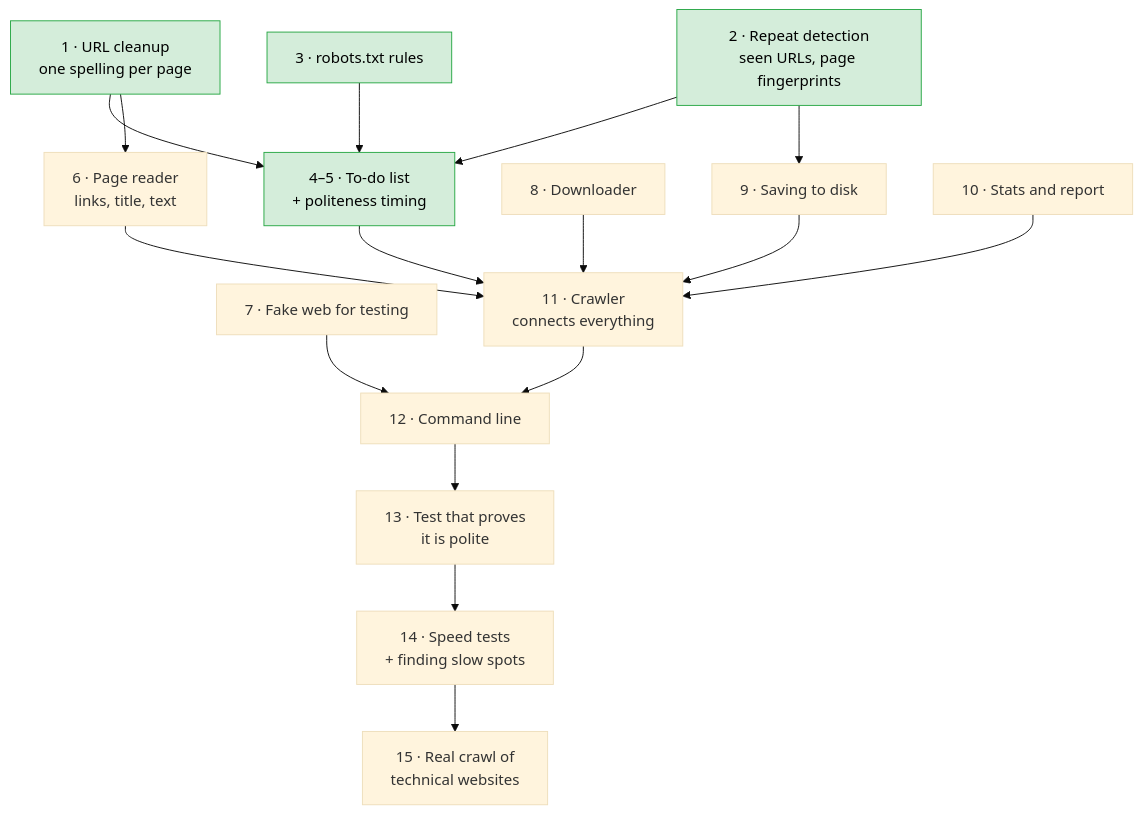
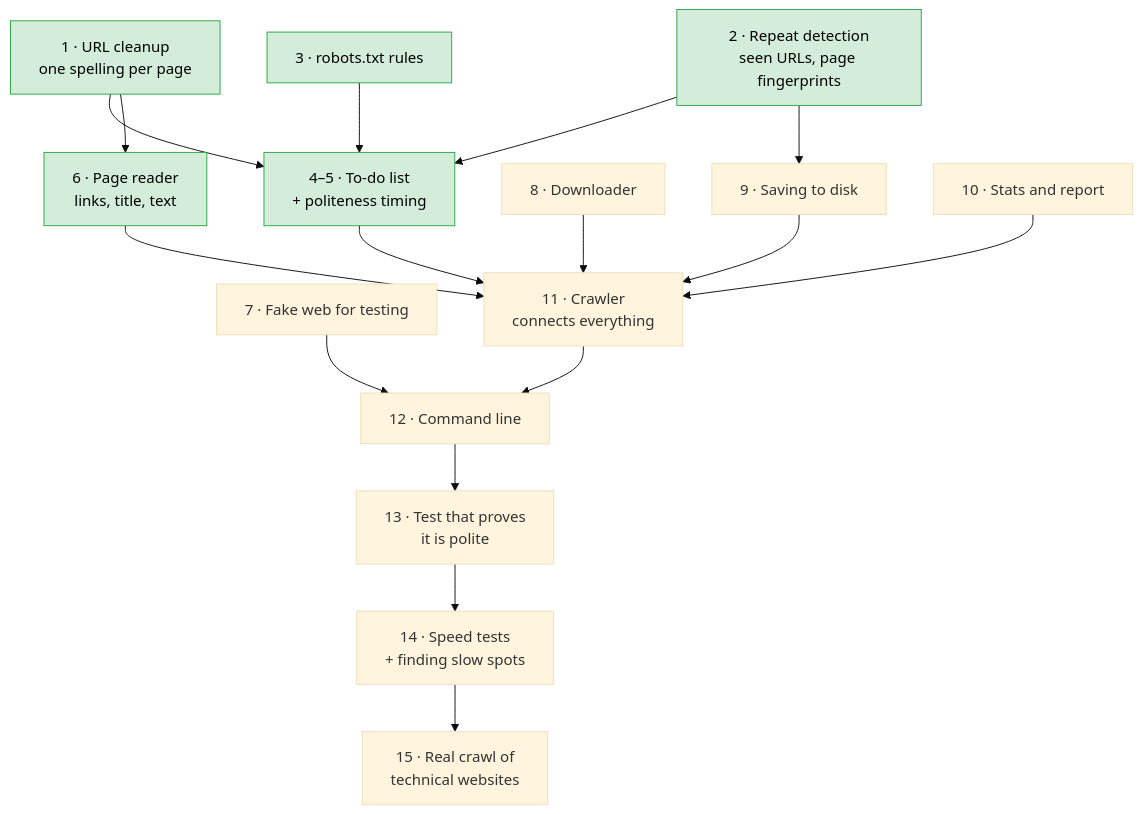
Before and after one commit to Armaan-king/McCrawl: the fourth of 4 diagrams in README.md, drawn with Mermaid (base theme). The commit also changed other lines of this file and 7 other files, not shown here.

First line of the commit message:
feat(parse): streaming link/text extraction with lol_html

````diff
--- a/README.md
+++ b/README.md
@@ -118,33 +118,33 @@
 ```mermaid
 flowchart TD
     urlnorm["1 · URL cleanup<br/>one spelling per page"]:::done
     dedup["2 · Repeat detection<br/>seen URLs, page fingerprints"]:::done
     robots["3 · robots.txt rules"]:::done
     frontier["4–5 · To-do list<br/>+ politeness timing"]:::done
-    parse["6 · Page reader<br/>links, title, text"]
+    parse["6 · Page reader<br/>links, title, text"]:::done
     mockweb["7 · Fake web for testing"]
     fetch["8 · Downloader"]
     store["9 · Saving to disk"]
     metrics["10 · Stats and report"]
     crawler["11 · Crawler<br/>connects everything"]
     cli["12 · Command line"]
     proof["13 · Test that proves<br/>it is polite"]
     bench["14 · Speed tests<br/>+ finding slow spots"]
     real["15 · Real crawl of<br/>technical websites"]
 
     urlnorm --> frontier
     dedup --> frontier
     robots --> frontier
     urlnorm --> parse
     dedup --> store
     frontier --> crawler
     parse --> crawler
     fetch --> crawler
     store --> crawler
     metrics --> crawler
     crawler --> cli
     mockweb --> cli
     cli --> proof --> bench --> real
 
     classDef done fill:#d4edda,stroke:#28a745,color:#000
 ```
````
